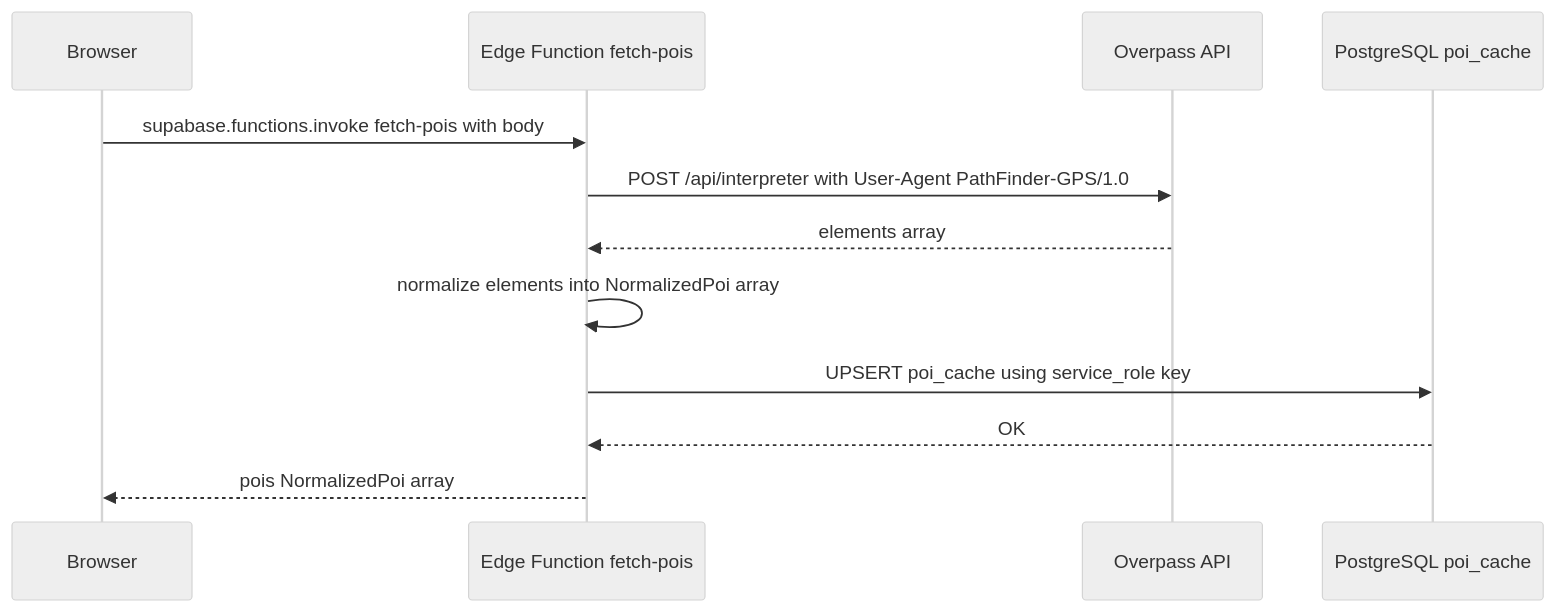
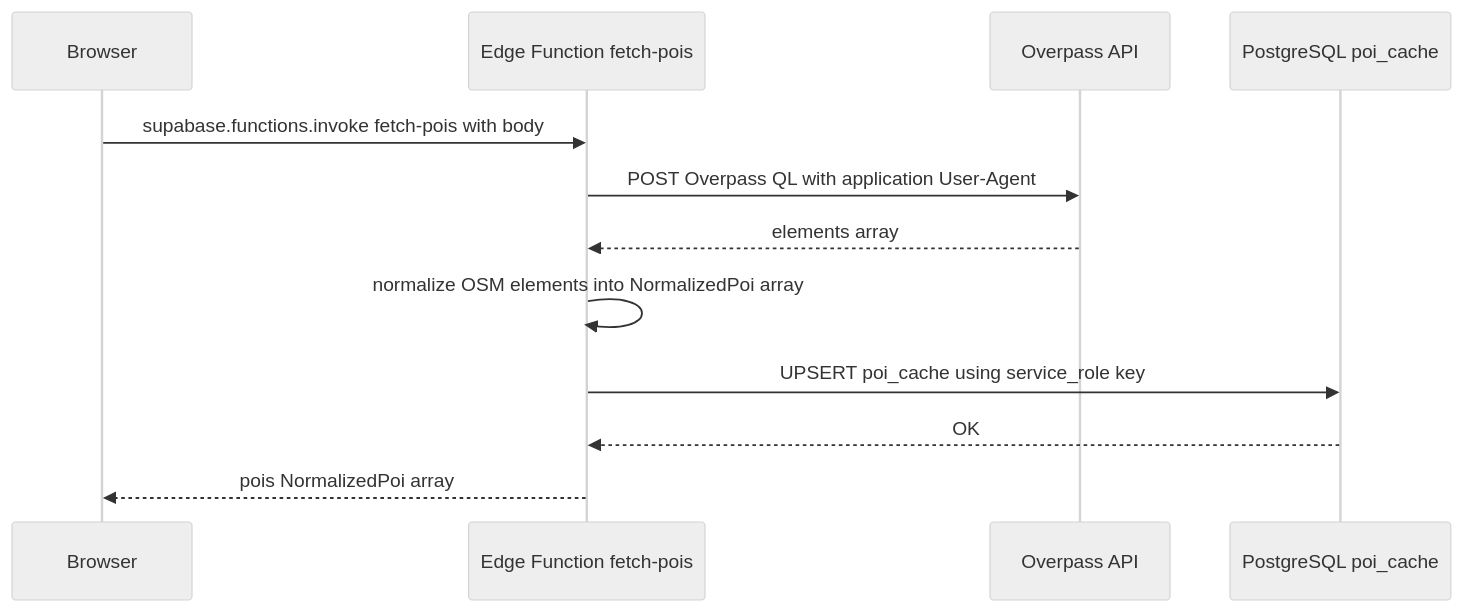
One commit to debnathkoushik/my-path changed the third of 11 diagrams in docs/Architecture.md. Above: the diagram before and after it, drawn with Mermaid (neutral theme). The commit also changed other lines of this file and 20 other files, not shown here.

Commit message:
feat(map-services): revert POI discovery to OpenStreetMap and Overpass

````diff
--- a/docs/Architecture.md
+++ b/docs/Architecture.md
@@ -234,15 +224,15 @@
 ```mermaid
 sequenceDiagram
     participant Client as Browser
     participant EF as Edge Function fetch-pois
     participant OA as Overpass API
     participant DB as PostgreSQL poi_cache
 
     Client->>EF: supabase.functions.invoke fetch-pois with body
-    EF->>OA: POST /api/interpreter with User-Agent PathFinder-GPS/1.0
+    EF->>OA: POST Overpass QL with application User-Agent
     OA-->>EF: elements array
-    EF->>EF: normalize elements into NormalizedPoi array
+    EF->>EF: normalize OSM elements into NormalizedPoi array
     EF->>DB: UPSERT poi_cache using service_role key
     DB-->>EF: OK
     EF-->>Client: pois NormalizedPoi array
 ```
````
